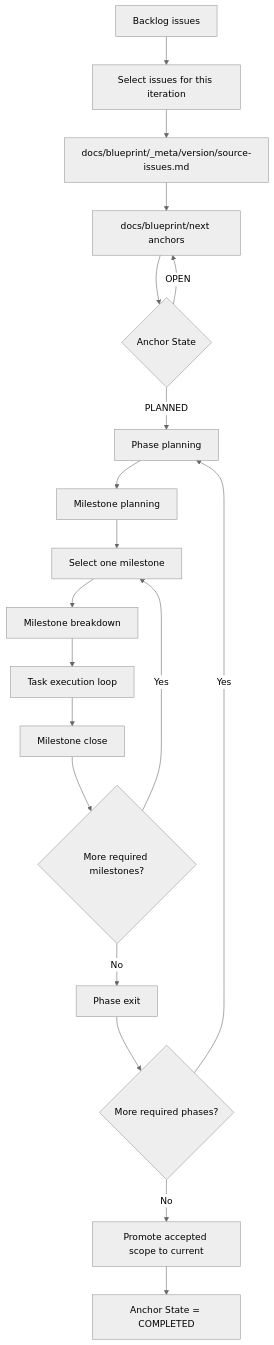
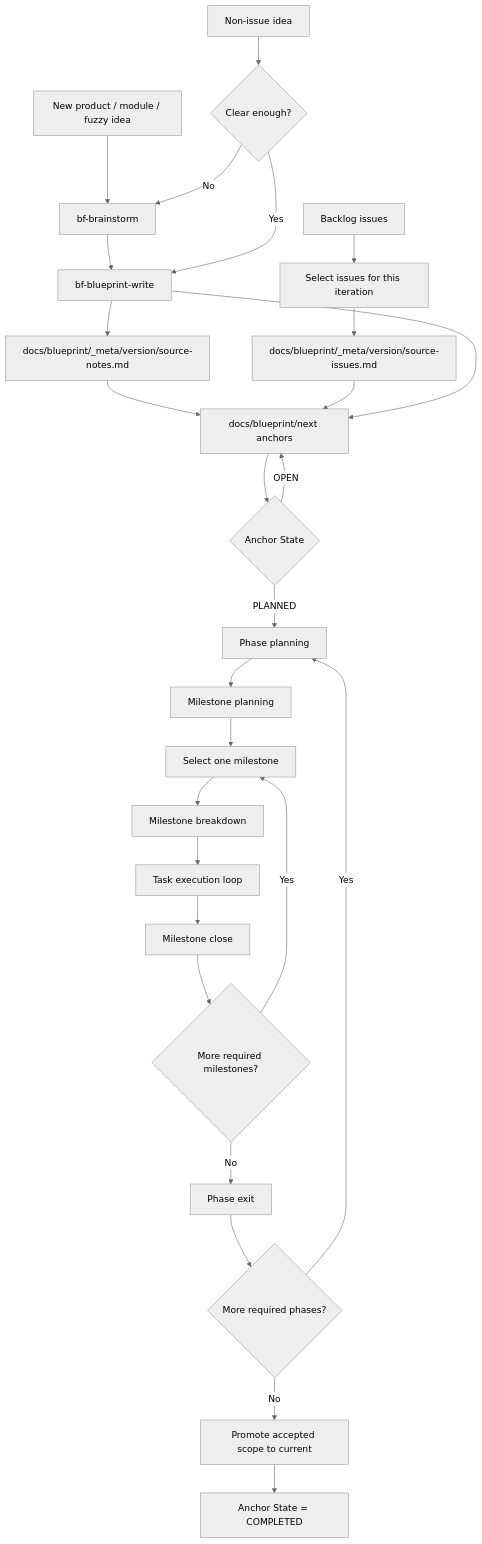
The diagram in plugins/blueprintflow/README.md (codetreker/blueprintflow), drawn with Mermaid (neutral theme) before and after one commit. The commit also changed other lines of this file, not shown here.

Commit message:
docs(plugin): expand iteration source intake

````diff
--- a/plugins/blueprintflow/README.md
+++ b/plugins/blueprintflow/README.md
@@ -20,21 +20,29 @@
 ```mermaid
 flowchart TD
-    A["Backlog issues"] --> B["Select issues for this iteration"]
-    B --> C["docs/blueprint/_meta/version/source-issues.md"]
-    C --> D["docs/blueprint/next anchors"]
-    D --> E{Anchor State}
-    E -->|OPEN| D
-    E -->|PLANNED| F["Phase planning"]
-    F --> G["Milestone planning"]
-    G --> H["Select one milestone"]
-    H --> I["Milestone breakdown"]
-    I --> J["Task execution loop"]
-    J --> K["Milestone close"]
-    K --> L{More required milestones?}
-    L -->|Yes| H
-    L -->|No| M["Phase exit"]
-    M --> N{More required phases?}
-    N -->|Yes| F
-    N -->|No| O["Promote accepted scope to current"]
-    O --> P["Anchor State = COMPLETED"]
+    A["New product / module / fuzzy idea"] --> B["bf-brainstorm"]
+    B --> C["bf-blueprint-write"]
+    C --> D["docs/blueprint/_meta/version/source-notes.md"]
+    E["Backlog issues"] --> F["Select issues for this iteration"]
+    F --> G["docs/blueprint/_meta/version/source-issues.md"]
+    H["Non-issue idea"] --> I{"Clear enough?"}
+    I -->|No| B
+    I -->|Yes| C
+    D --> J["docs/blueprint/next anchors"]
+    G --> J
+    C --> J
+    J --> K{Anchor State}
+    K -->|OPEN| J
+    K -->|PLANNED| L["Phase planning"]
+    L --> M["Milestone planning"]
+    M --> N["Select one milestone"]
+    N --> O["Milestone breakdown"]
+    O --> P["Task execution loop"]
+    P --> Q["Milestone close"]
+    Q --> R{More required milestones?}
+    R -->|Yes| N
+    R -->|No| S["Phase exit"]
+    S --> T{More required phases?}
+    T -->|Yes| L
+    T -->|No| U["Promote accepted scope to current"]
+    U --> V["Anchor State = COMPLETED"]
 ```
````
